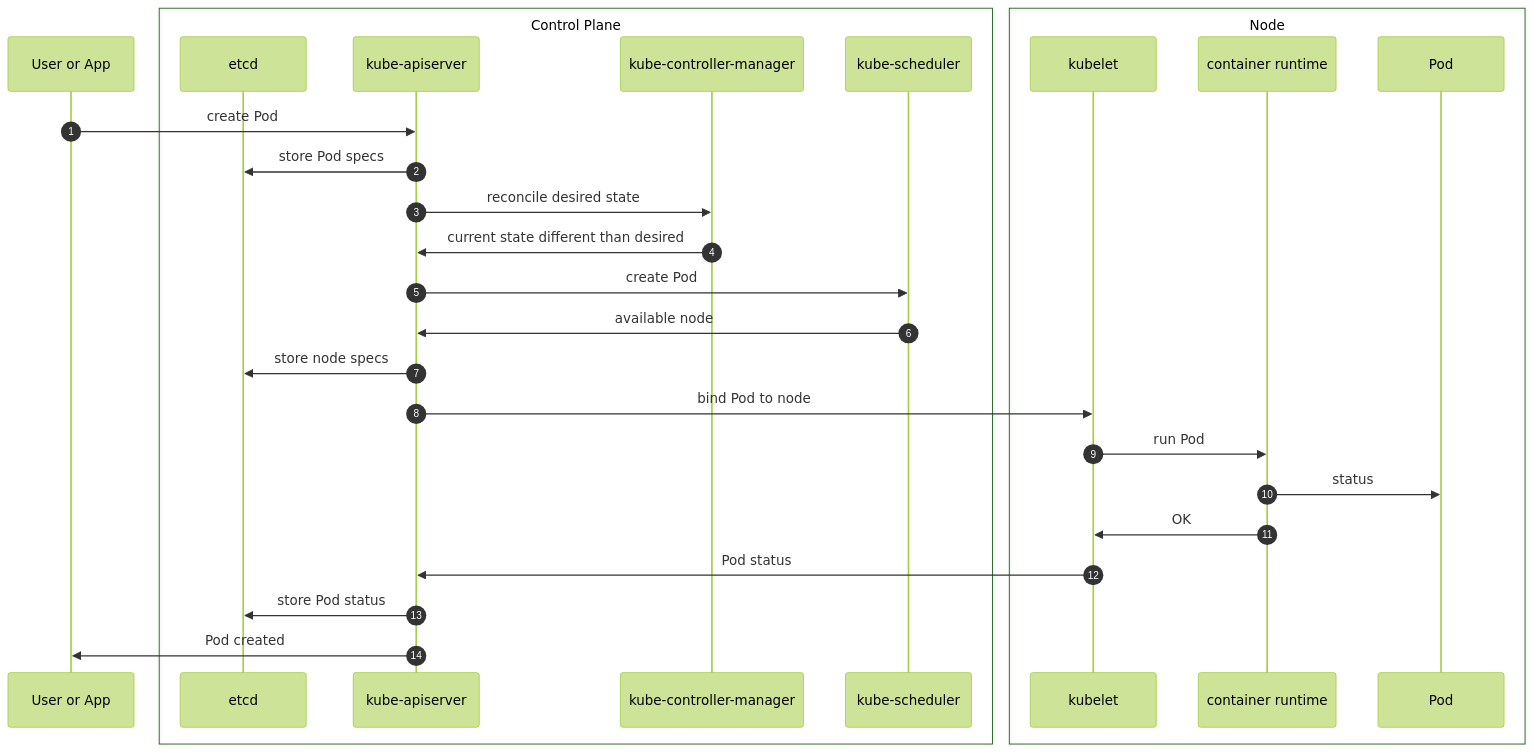
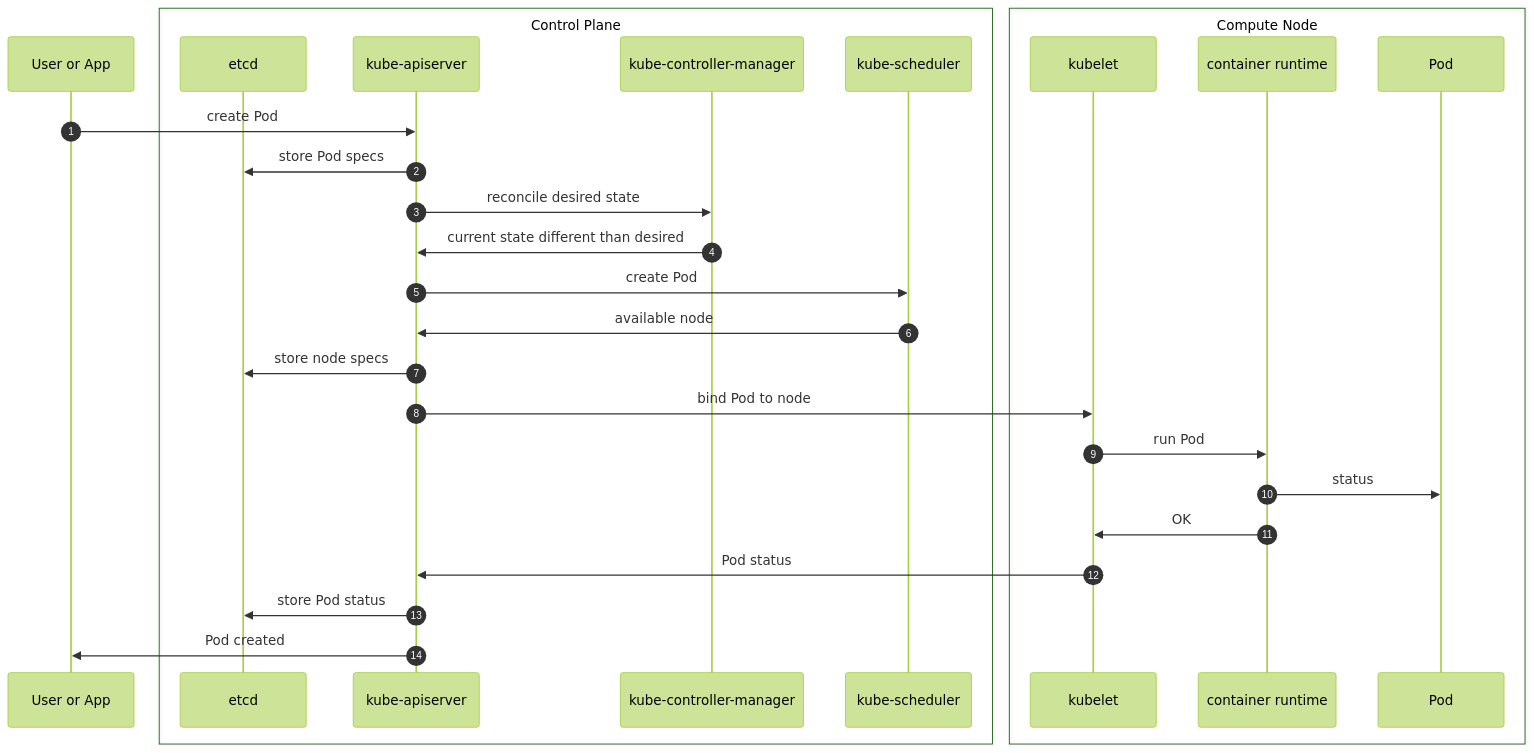
The first of 10 diagrams in docs/trousseau/architecture.md (Trousseau-io/docs.trousseau.io), drawn with Mermaid (forest theme) before and after one commit.

````diff
--- a/docs/trousseau/architecture.md
+++ b/docs/trousseau/architecture.md
@@ -11,30 +11,30 @@
 ```mermaid
 sequenceDiagram
 participant User or App
 box Control Plane
 participant etcd
 participant kube-apiserver
 participant kube-controller-manager
 participant kube-scheduler
 end
-box Node
+box Compute Node
 participant kubelet
 participant container runtime
 participant Pod
 end
 autonumber
   User or App->>kube-apiserver: create Pod
   kube-apiserver->>etcd: store Pod specs
   kube-apiserver->>kube-controller-manager: reconcile desired state
   kube-controller-manager->>kube-apiserver: current state different than desired
   kube-apiserver->>kube-scheduler: create Pod
   kube-scheduler->>kube-apiserver: available node
   kube-apiserver->>etcd: store node specs
   kube-apiserver->>kubelet: bind Pod to node
   kubelet->>container runtime: run Pod
   container runtime->>Pod: status
   container runtime->>kubelet: OK
   kubelet->>kube-apiserver: Pod status
   kube-apiserver->>etcd: store Pod status
   kube-apiserver->>User or App: Pod created
 ```
````
